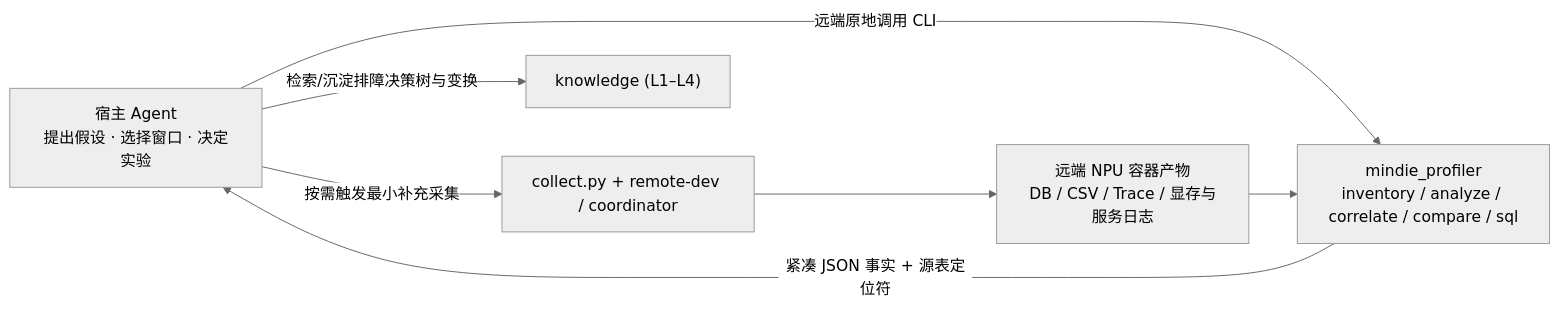
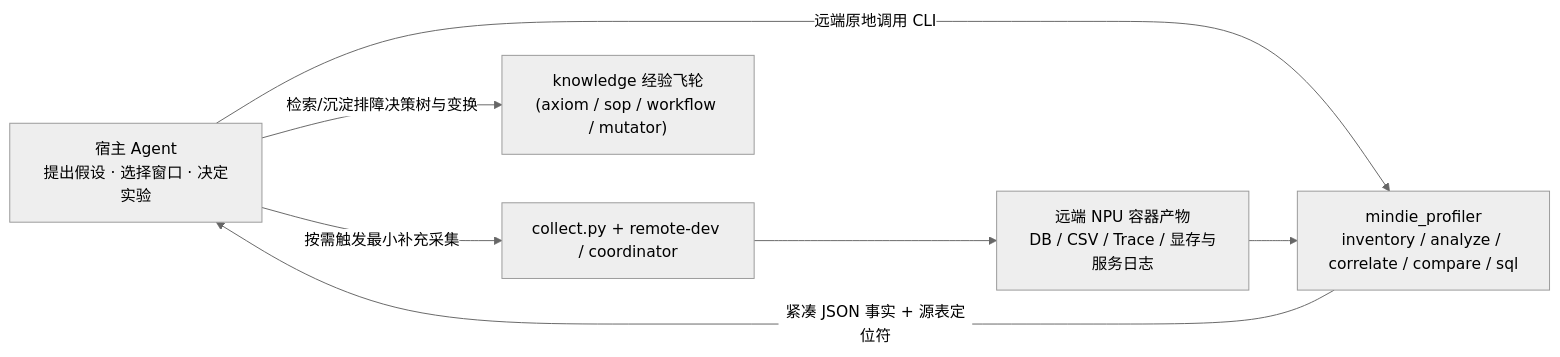
Before and after one commit to grandolantow/mindie-agent: the first of 2 diagrams in docs/profiler-system.md, drawn with Mermaid (neutral theme). The commit also changed other lines of this file and 17 other files, not shown here.

Commit message:
docs(rsi): integrate AMD-AGI/GEAK and Apple ml-rsi-inference-bench RSI safeguards and architecture alignment

````diff
--- a/docs/profiler-system.md
+++ b/docs/profiler-system.md
@@ -36,9 +36,9 @@
 ```mermaid
 flowchart LR
     A["宿主 Agent<br/>提出假设 · 选择窗口 · 决定实验"] -->|"远端原地调用 CLI"| P["mindie_profiler<br/>inventory / analyze / correlate / compare / sql"]
     D["远端 NPU 容器产物<br/>DB / CSV / Trace / 显存与服务日志"] --> P
     P -->|"紧凑 JSON 事实 + 源表定位符"| A
     A -->|"按需触发最小补充采集"| C["collect.py + remote-dev / coordinator"]
     C --> D
-    A -->|"检索/沉淀排障决策树与变换"| K["knowledge (L1–L4)"]
+    A -->|"检索/沉淀排障决策树与变换"| K["knowledge 经验飞轮<br/>(axiom / sop / workflow / mutator)"]
 ```
````
